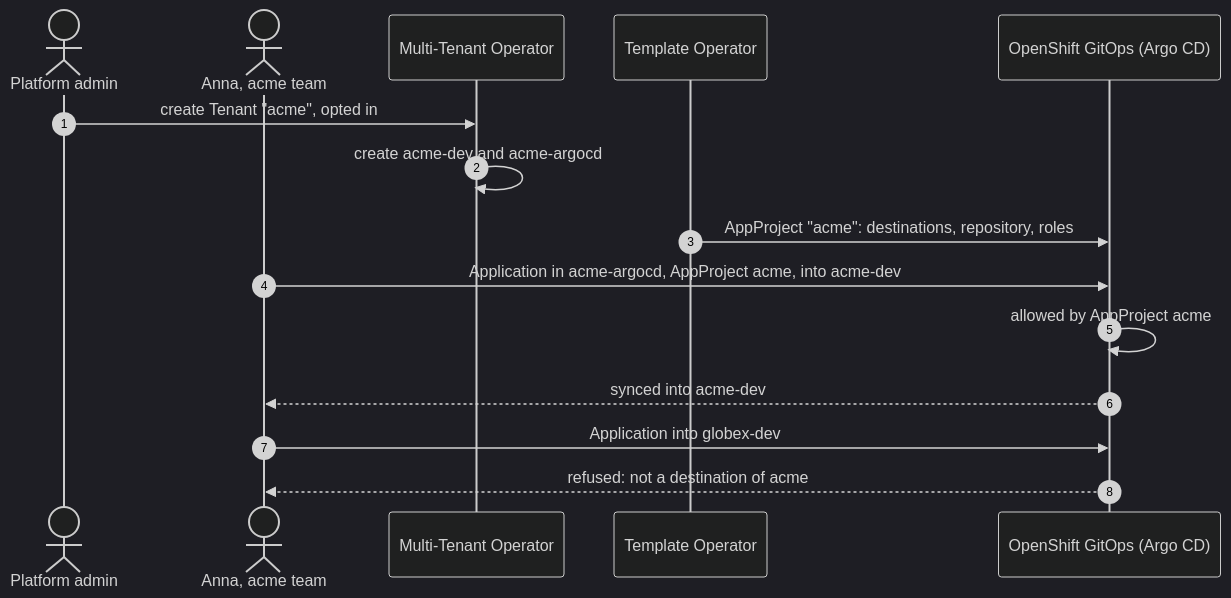
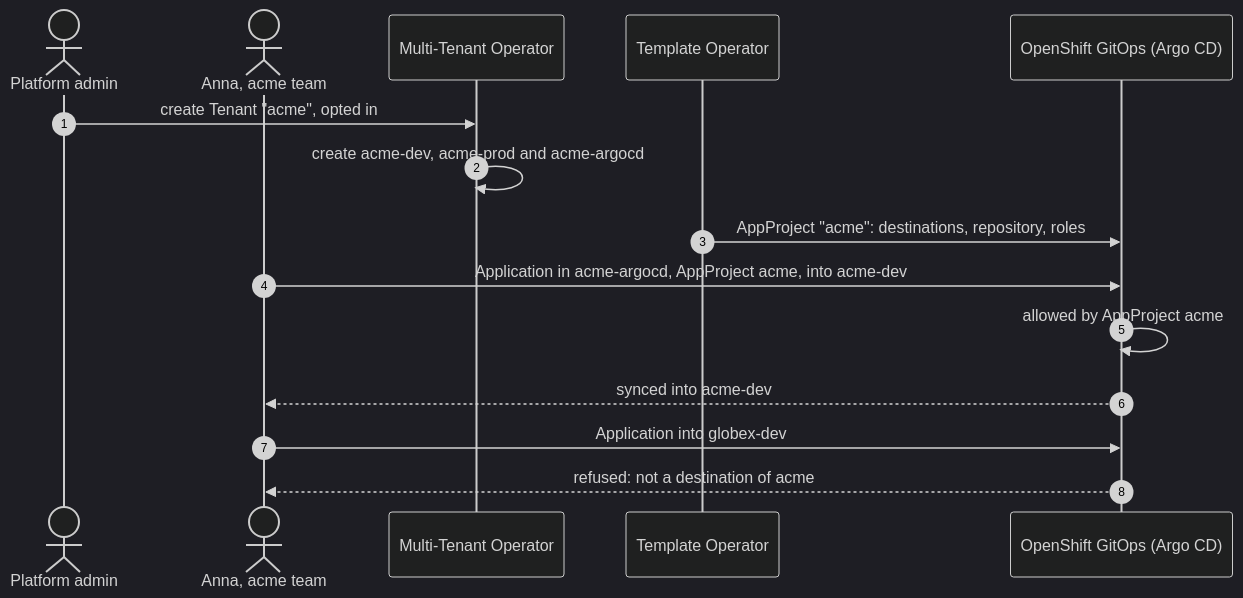
One commit to stakater/mto-blogs changed the diagram in 05-tenants-and-argocd/post.md. Above: the diagram before and after it, drawn with Mermaid (dark theme). The commit also changed other lines of this file and 3 other files, not shown here.

````diff
--- a/05-tenants-and-argocd/post.md
+++ b/05-tenants-and-argocd/post.md
@@ -177,18 +178,18 @@
 ```mermaid
 sequenceDiagram
     autonumber
     actor Admin as Platform admin
     actor Anna as Anna, acme team
     participant MTO as Multi-Tenant Operator
     participant TO as Template Operator
     participant ArgoCD as OpenShift GitOps (Argo CD)
 
     Admin->>MTO: create Tenant "acme", opted in
-    MTO->>MTO: create acme-dev and acme-argocd
+    MTO->>MTO: create acme-dev, acme-prod and acme-argocd
     TO->>ArgoCD: AppProject "acme": destinations, repository, roles
     Anna->>ArgoCD: Application in acme-argocd, AppProject acme, into acme-dev
     ArgoCD->>ArgoCD: allowed by AppProject acme
     ArgoCD-->>Anna: synced into acme-dev
     Anna->>ArgoCD: Application into globex-dev
     ArgoCD-->>Anna: refused: not a destination of acme
 ```
````
